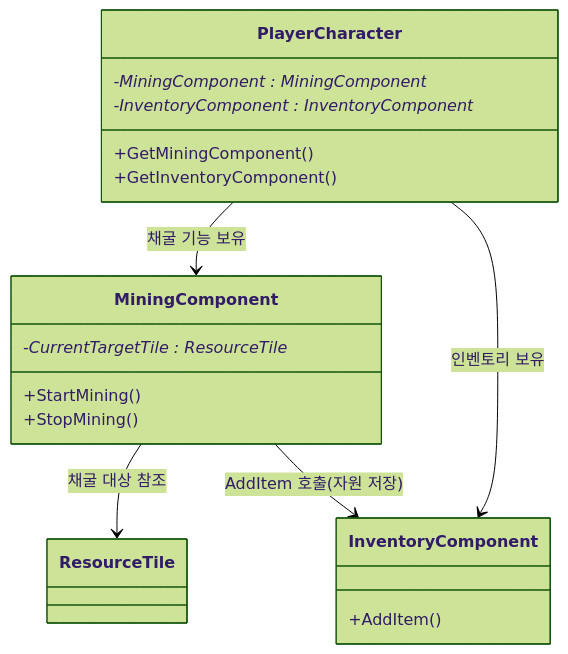
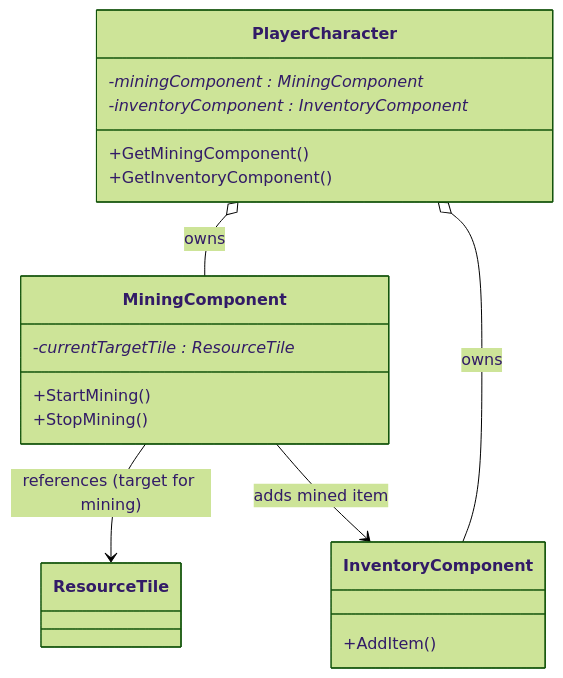
Before and after one commit to WJMcode/MBFactorio: the first of 3 diagrams in README.md, drawn with Mermaid (forest theme).

````diff
--- a/README.md
+++ b/README.md
@@ -1,26 +1,23 @@
 ```mermaid
 classDiagram
 class PlayerCharacter {
-    -MiningComponent : MiningComponent*
-    -InventoryComponent : InventoryComponent*
+    -miningComponent : MiningComponent*
+    -inventoryComponent : InventoryComponent*
     +GetMiningComponent()
     +GetInventoryComponent()
 }
-
 class MiningComponent {
-    -CurrentTargetTile : ResourceTile*
+    -currentTargetTile : ResourceTile*
     +StartMining()
     +StopMining()
 }
-
 class ResourceTile
-
 class InventoryComponent {
     +AddItem()
 }
 
-PlayerCharacter --> MiningComponent : 채굴 기능 보유
-PlayerCharacter --> InventoryComponent : 인벤토리 보유
-MiningComponent --> ResourceTile : 채굴 대상 참조
-MiningComponent --> InventoryComponent : AddItem 호출(자원 저장)
+PlayerCharacter o-- MiningComponent : owns
+PlayerCharacter o-- InventoryComponent : owns
+MiningComponent --> ResourceTile : references (target for mining)
+MiningComponent --> InventoryComponent : adds mined item
 ```
````
